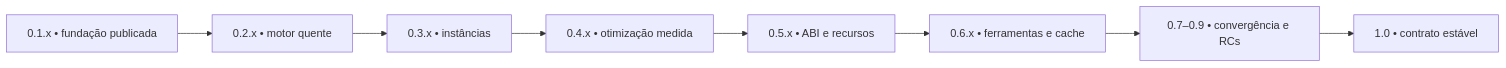
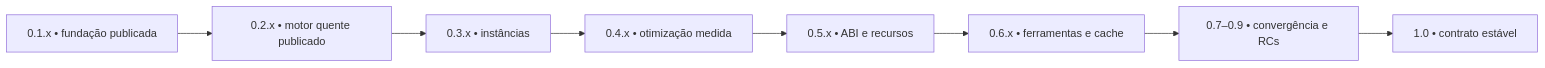
One commit to arandu-lang/arandu changed the diagram in docs/arandu-compiler-roadmap-v0.1.md. Above: the diagram before and after it, drawn with Mermaid. The commit also changed other lines of this file and 2 other files, not shown here.

````diff
--- a/docs/arandu-compiler-roadmap-v0.1.md
+++ b/docs/arandu-compiler-roadmap-v0.1.md
@@ -211,10 +210,10 @@
 ```mermaid
 flowchart LR
-    V01["0.1.x • fundação publicada"] --> V02["0.2.x • motor quente"]
+    V01["0.1.x • fundação publicada"] --> V02["0.2.x • motor quente publicado"]
     V02 --> V03["0.3.x • instâncias"]
     V03 --> V04["0.4.x • otimização medida"]
     V04 --> V05["0.5.x • ABI e recursos"]
     V05 --> V06["0.6.x • ferramentas e cache"]
     V06 --> RC["0.7–0.9 • convergência e RCs"]
     RC --> V1["1.0 • contrato estável"]
 ```
````
